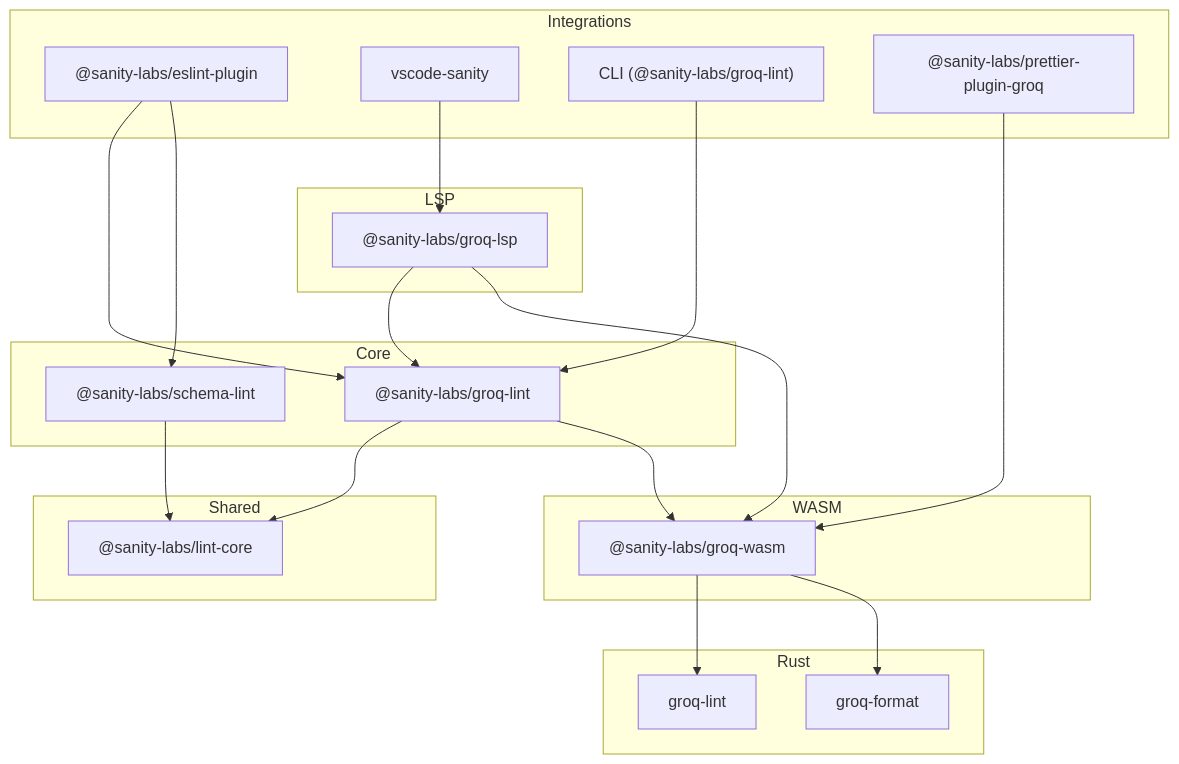
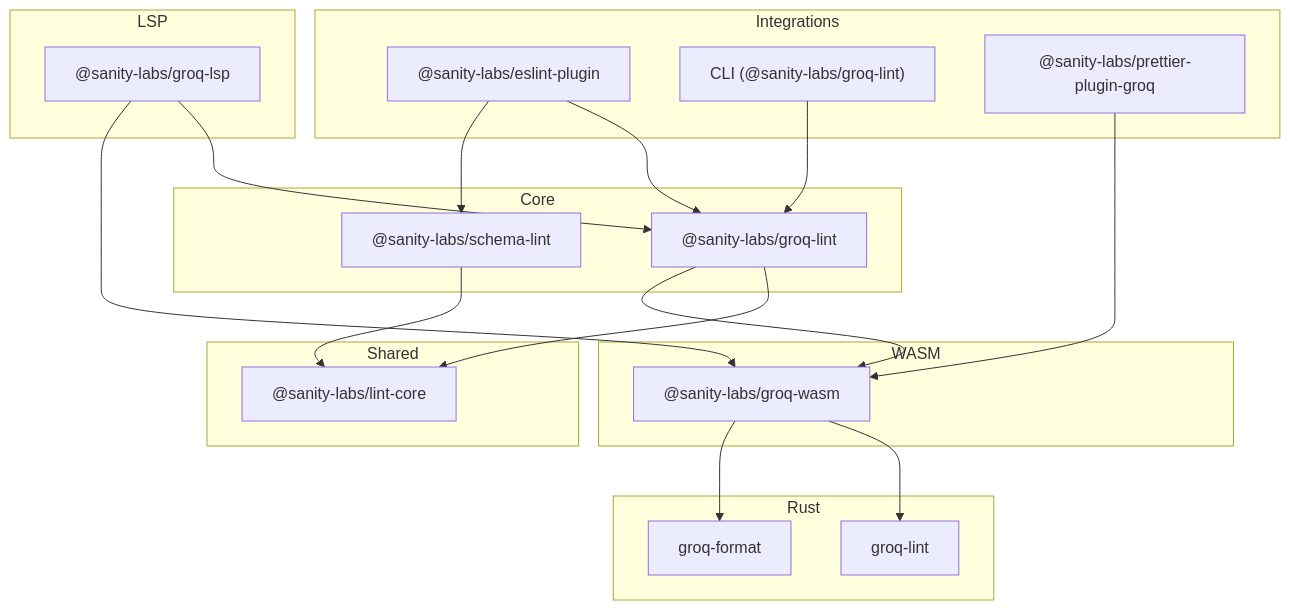
One commit to sanity-labs/sanity-lint changed the diagram in README.md. Above: the diagram before and after it, drawn with Mermaid. The commit also changed other lines of this file and 31 other files, not shown here.

First line of the commit message:
chore: remove vscode-sanity package (#115)

````diff
--- a/README.md
+++ b/README.md
@@ -143,47 +144,45 @@
 ```mermaid
 flowchart TB
     subgraph Integrations
         eslint["@sanity-labs/eslint-plugin"]
-        vscode[vscode-sanity]
         cli["CLI (@sanity-labs/groq-lint)"]
         prettier["@sanity-labs/prettier-plugin-groq"]
     end
 
     subgraph LSP
         lsp["@sanity-labs/groq-lsp"]
     end
 
     subgraph Core
         groqlint["@sanity-labs/groq-lint"]
         schemalint["@sanity-labs/schema-lint"]
     end
 
     subgraph Shared
         core["@sanity-labs/lint-core"]
     end
 
     subgraph WASM
         wasm["@sanity-labs/groq-wasm"]
     end
 
     subgraph Rust
         rustlint[groq-lint]
         rustfmt[groq-format]
     end
 
     eslint --> groqlint
     eslint --> schemalint
-    vscode --> lsp
     cli --> groqlint
     prettier --> wasm
 
     lsp --> groqlint
     lsp --> wasm
 
     groqlint --> core
     schemalint --> core
     groqlint --> wasm
 
     wasm --> rustlint
     wasm --> rustfmt
 ```
````
